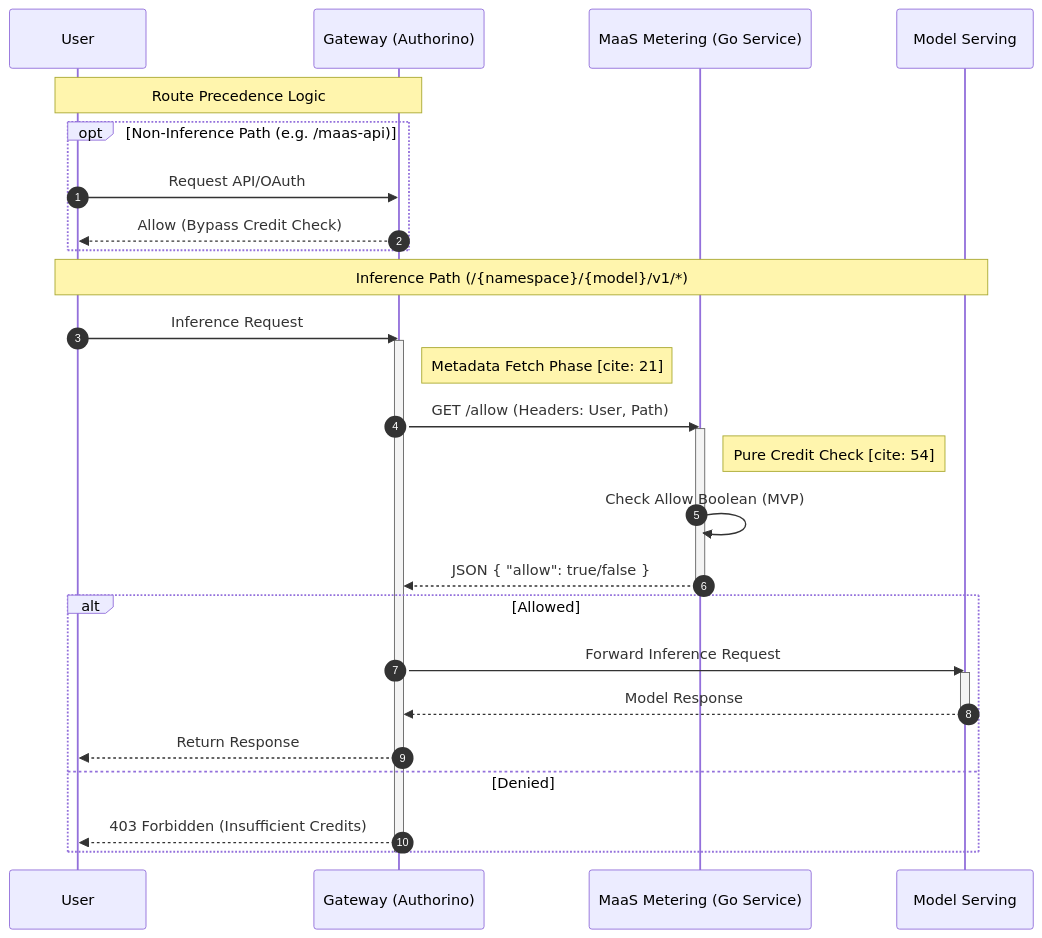
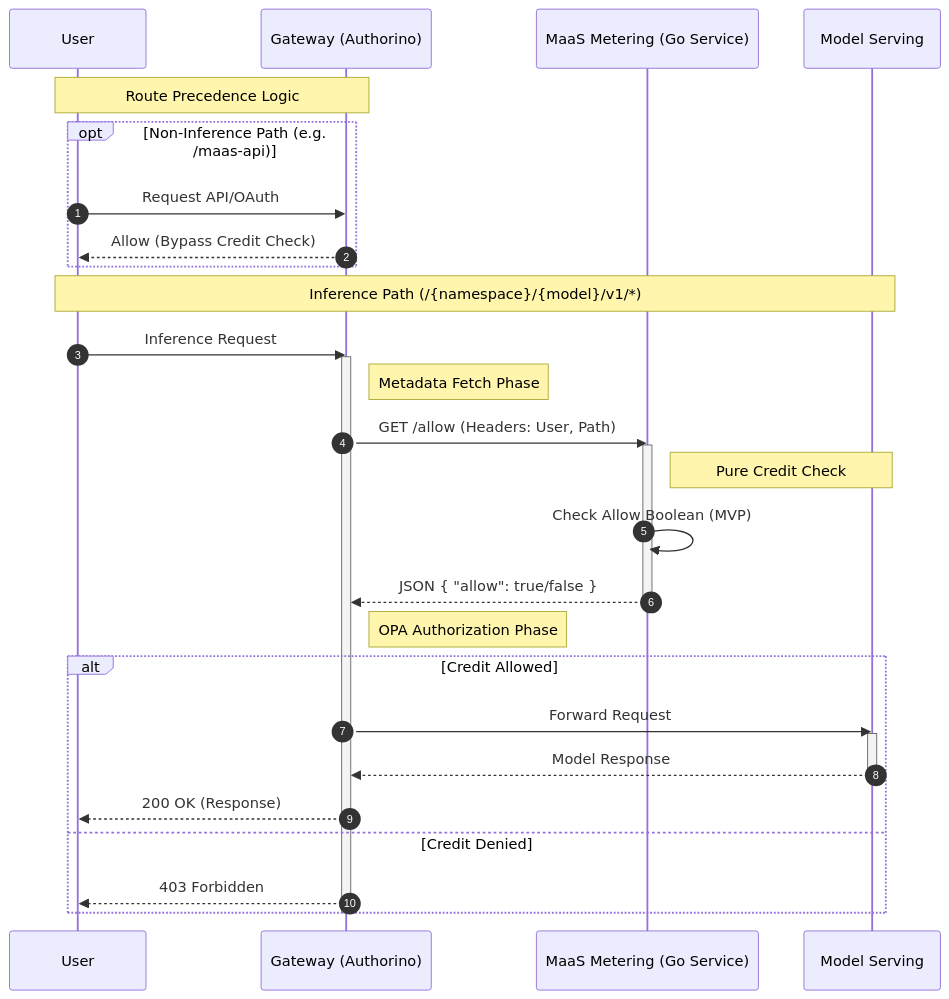
One commit to bryonbaker/maas-gitops changed the first of 3 diagrams in maas-metering-proposal.md. Above: the diagram before and after it, drawn with Mermaid. The commit also changed other lines of this file, not shown here.

````diff
--- a/maas-metering-proposal.md
+++ b/maas-metering-proposal.md
@@ -373,38 +101,40 @@
 ```mermaid
 sequenceDiagram
     autonumber
     participant U as User
     participant G as Gateway (Authorino)
     participant M as MaaS Metering (Go Service)
     participant LLM as Model Serving
 
     Note over U, G: Route Precedence Logic
     opt Non-Inference Path (e.g. /maas-api)
         U->>G: Request API/OAuth
         G-->>U: Allow (Bypass Credit Check)
     end
 
     Note over U, LLM: Inference Path (/{namespace}/{model}/v1/*)
     U->>G: Inference Request
     
     activate G
-    Note right of G: Metadata Fetch Phase [cite: 21]
+    Note right of G: Metadata Fetch Phase
     G->>M: GET /allow (Headers: User, Path)
     
     activate M
-    Note right of M: Pure Credit Check [cite: 54]
+    Note right of M: Pure Credit Check
     M->>M: Check Allow Boolean (MVP)
     M-->>G: JSON { "allow": true/false }
     deactivate M
+
+    Note right of G: OPA Authorization Phase
     
-    alt Allowed
-        G->>LLM: Forward Inference Request
+    alt Credit Allowed
+        G->>LLM: Forward Request
         activate LLM
         LLM-->>G: Model Response
         deactivate LLM
-        G-->>U: Return Response
-    else Denied
-        G-->>U: 403 Forbidden (Insufficient Credits)
+        G-->>U: 200 OK (Response)
+    else Credit Denied
+        G-->>U: 403 Forbidden
     end
     deactivate G
 ```
````
